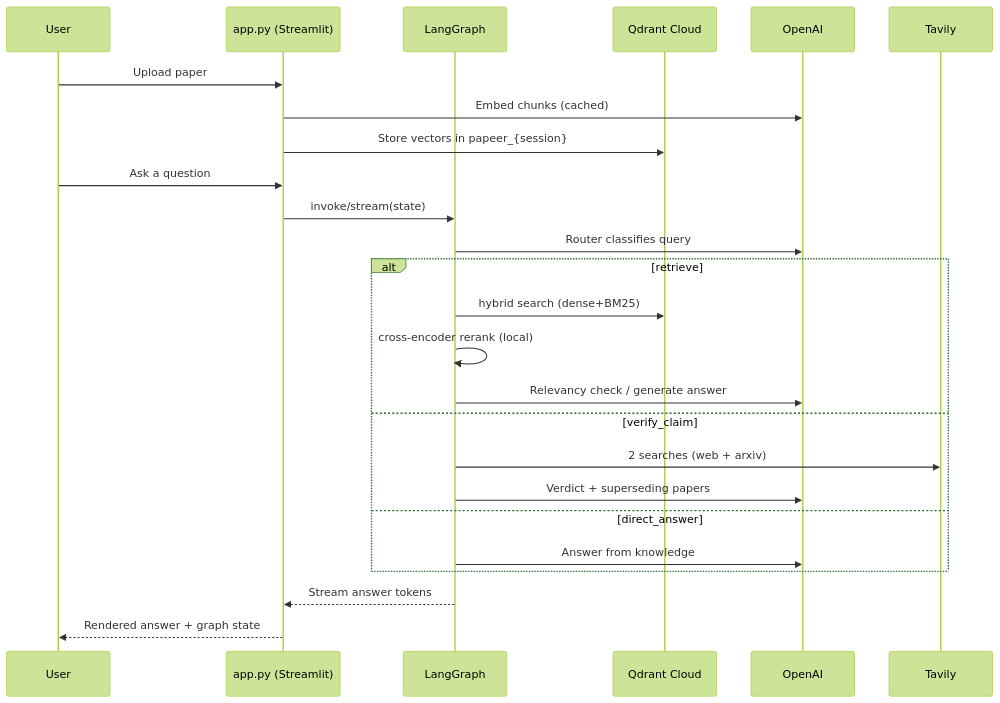
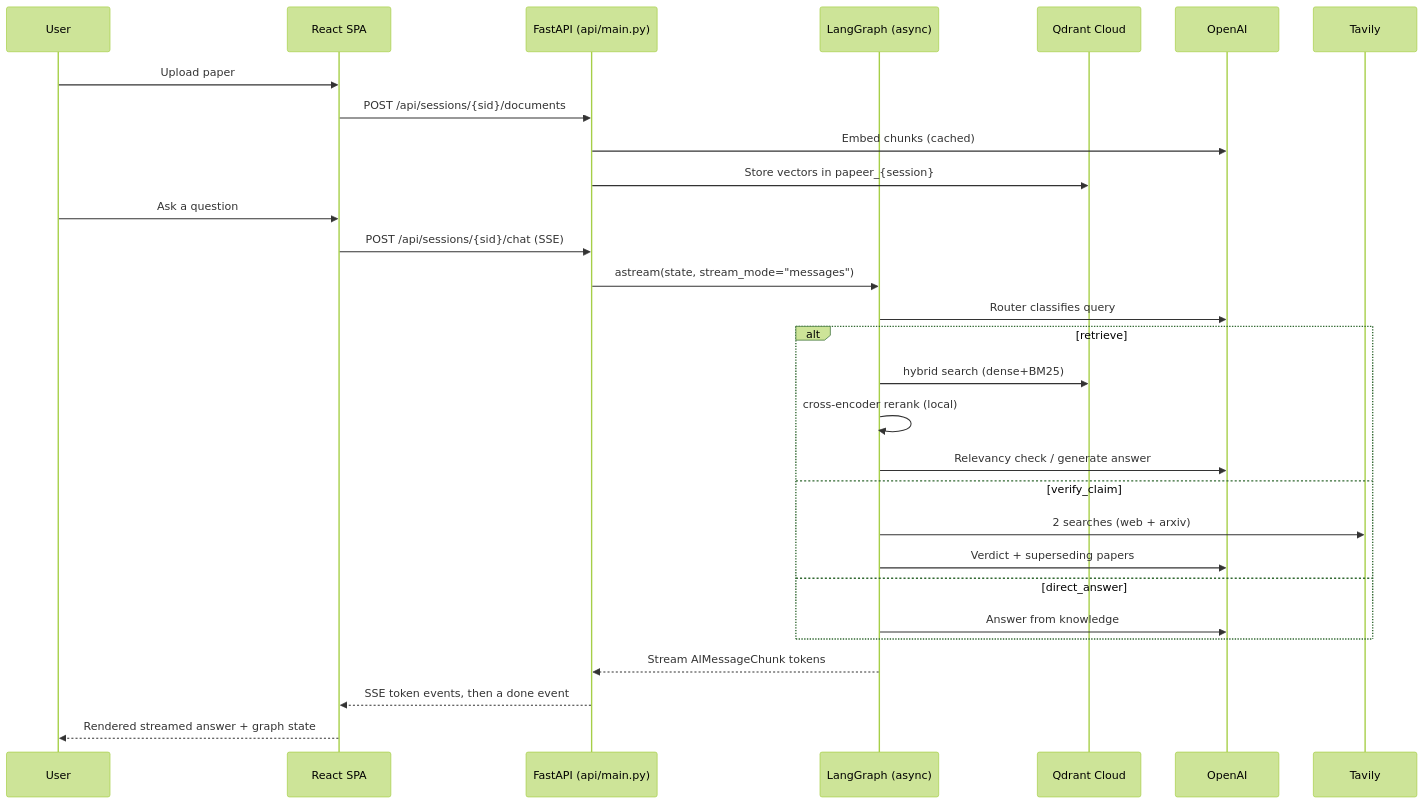
The first of 3 diagrams in preparation/overview.md (Aryansinghparmar/PaPeer), drawn with Mermaid (forest theme) before and after one commit. The commit also changed other lines of this file and 57 other files, not shown here.

````diff
--- a/preparation/overview.md
+++ b/preparation/overview.md
@@ -108,28 +136,32 @@
 ```mermaid
 sequenceDiagram
     participant User
-    participant Streamlit as app.py (Streamlit)
-    participant Graph as LangGraph
+    participant SPA as React SPA
+    participant API as FastAPI (api/main.py)
+    participant Graph as LangGraph (async)
     participant Qdrant as Qdrant Cloud
     participant OpenAI
     participant Tavily
 
-    User->>Streamlit: Upload paper
-    Streamlit->>OpenAI: Embed chunks (cached)
-    Streamlit->>Qdrant: Store vectors in papeer_{session}
-    User->>Streamlit: Ask a question
-    Streamlit->>Graph: invoke/stream(state)
+    User->>SPA: Upload paper
+    SPA->>API: POST /api/sessions/{sid}/documents
+    API->>OpenAI: Embed chunks (cached)
+    API->>Qdrant: Store vectors in papeer_{session}
+    User->>SPA: Ask a question
+    SPA->>API: POST /api/sessions/{sid}/chat (SSE)
+    API->>Graph: astream(state, stream_mode="messages")
     Graph->>OpenAI: Router classifies query
     alt retrieve
         Graph->>Qdrant: hybrid search (dense+BM25)
         Graph->>Graph: cross-encoder rerank (local)
         Graph->>OpenAI: Relevancy check / generate answer
     else verify_claim
         Graph->>Tavily: 2 searches (web + arxiv)
         Graph->>OpenAI: Verdict + superseding papers
     else direct_answer
         Graph->>OpenAI: Answer from knowledge
     end
-    Graph-->>Streamlit: Stream answer tokens
-    Streamlit-->>User: Rendered answer + graph state
+    Graph-->>API: Stream AIMessageChunk tokens
+    API-->>SPA: SSE token events, then a done event
+    SPA-->>User: Rendered streamed answer + graph state
 ```
````
